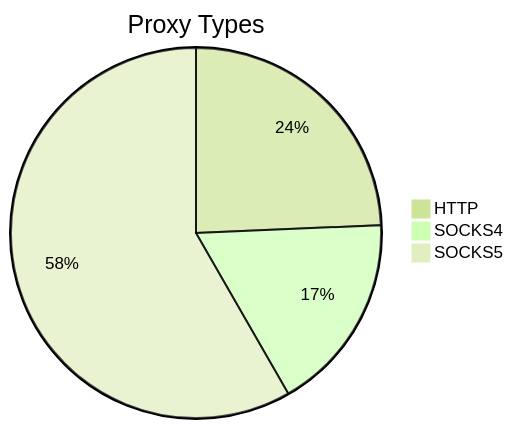
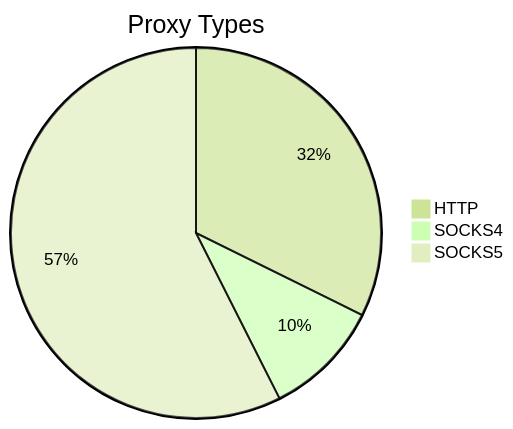
Before and after one commit to stormsia/proxy-list: the first of 2 diagrams in README.md, drawn with Mermaid (forest theme). The commit also changed other lines of this file, not shown here.

````diff
--- a/README.md
+++ b/README.md
@@ -21,6 +21,6 @@
 ```mermaid
 pie title Proxy Types
     "HTTP" : 63
-    "SOCKS4" : 45
-    "SOCKS5" : 151
+    "SOCKS4" : 20
+    "SOCKS5" : 112
 ```
````
